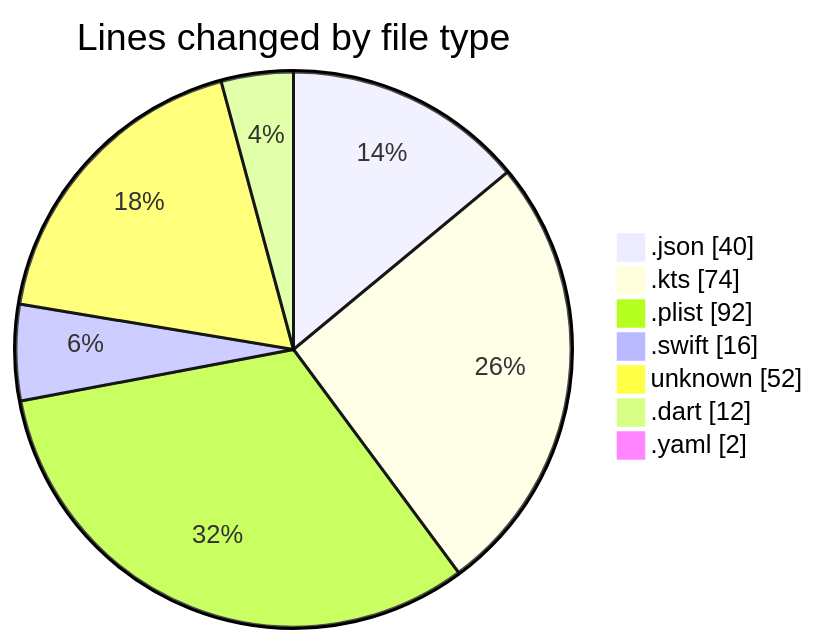
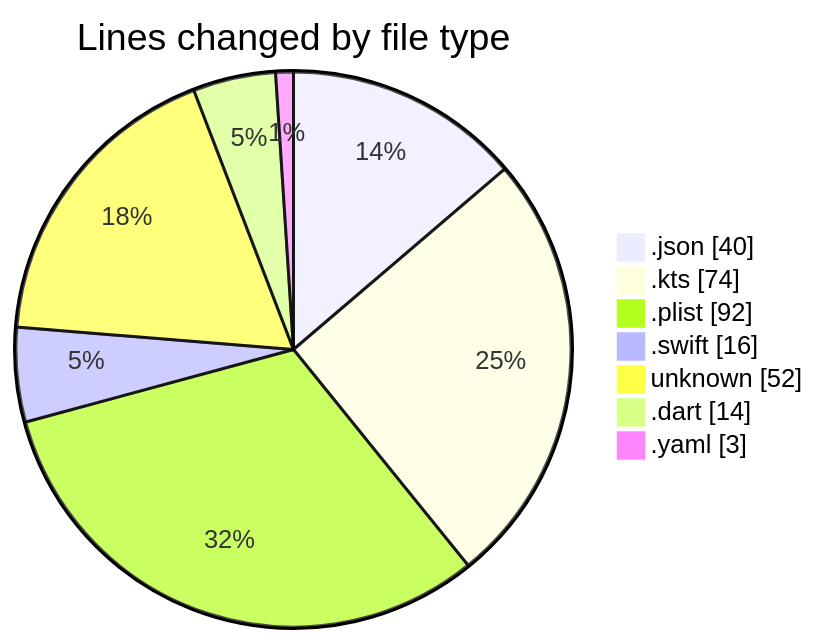
One commit to lephambinh05/code-tracking changed the first of 2 diagrams in 2025-09-02/20m/README.md. Above: the diagram before and after it, drawn with Mermaid. The commit also changed other lines of this file and 1 other file, not shown here.

````diff
--- a/2025-09-02/20m/README.md
+++ b/2025-09-02/20m/README.md
@@ -29,11 +30,11 @@
 ```mermaid
 pie showData
 title Lines changed by file type
 ".json" : 40
 ".kts" : 74
 ".plist" : 92
 ".swift" : 16
 "unknown" : 52
-".dart" : 12
-".yaml" : 2
+".dart" : 14
+".yaml" : 3
 ```
````
